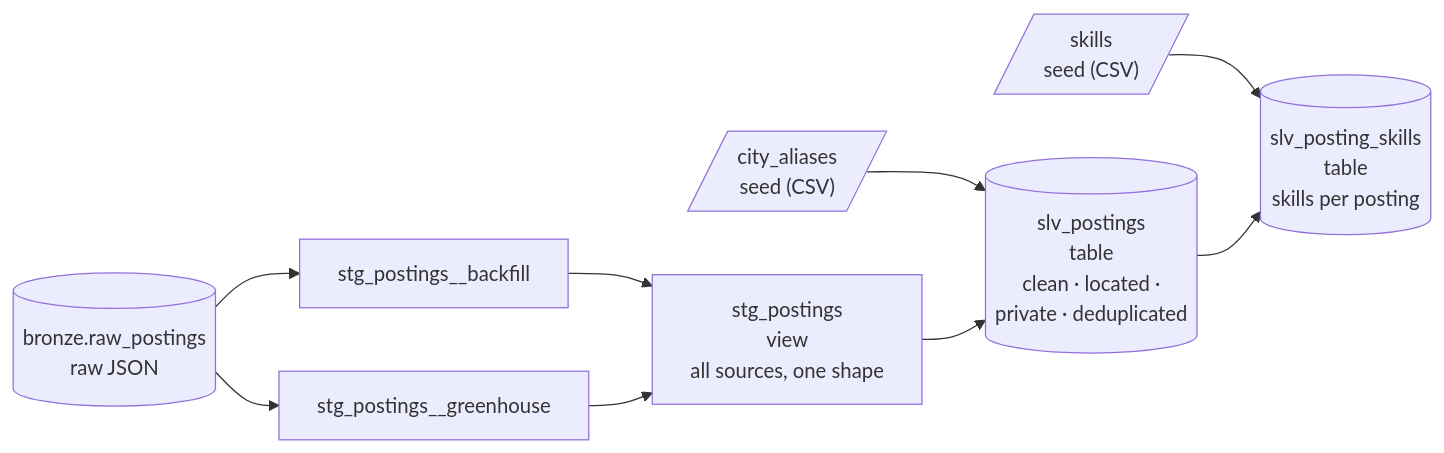
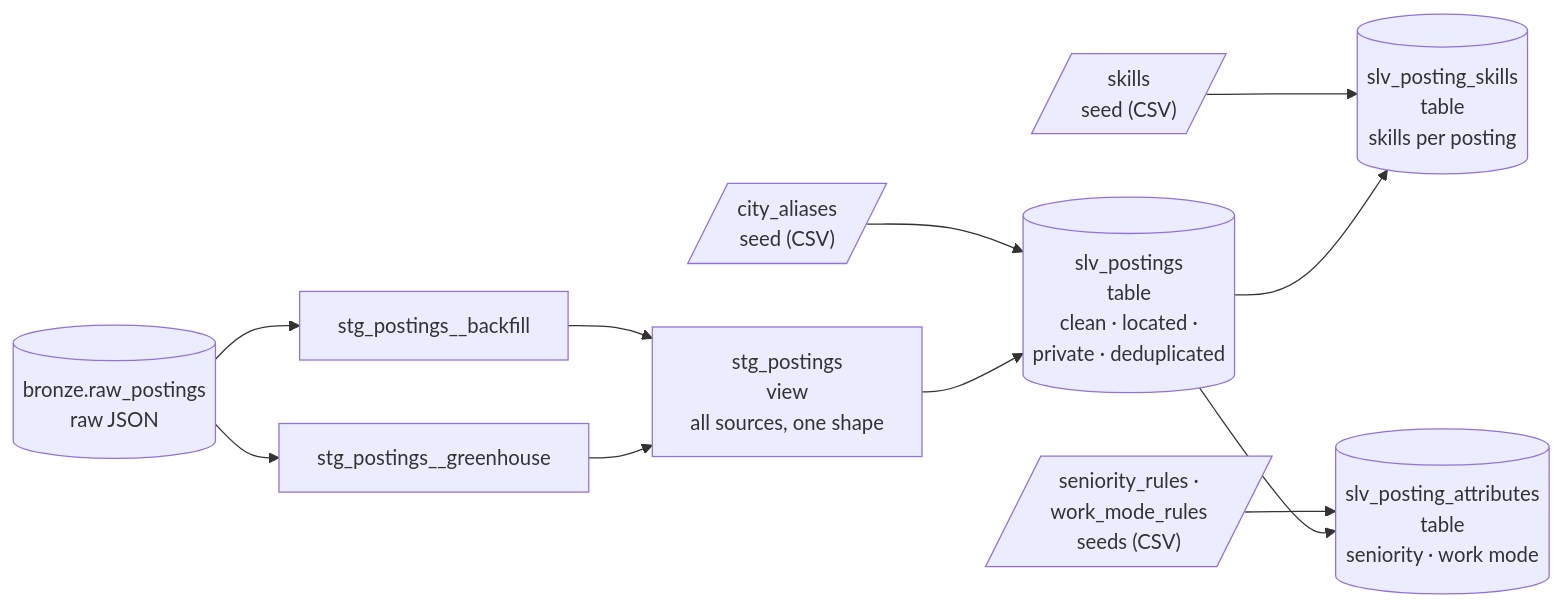
One commit to vvanurag/job-market-assistant changed the diagram in docs/pipeline/silver.md. Above: the diagram before and after it, drawn with Mermaid. The commit also changed other lines of this file and 12 other files, not shown here.

First line of the commit message:
Infer seniority and work mode for each posting (FR-TRN-06)

````diff
--- a/docs/pipeline/silver.md
+++ b/docs/pipeline/silver.md
@@ -15,9 +15,11 @@
 ```mermaid
 flowchart LR
     B[("bronze.raw_postings<br/>raw JSON")] --> S1["stg_postings__backfill"] & S2["stg_postings__greenhouse"]
     S1 & S2 --> S["stg_postings<br/>view<br/>all sources, one shape"]
     A[/"city_aliases<br/>seed (CSV)"/] --> P
     S --> P[("slv_postings<br/>table<br/>clean · located ·<br/>private · deduplicated")]
     K[/"skills<br/>seed (CSV)"/] --> PS
     P --> PS[("slv_posting_skills<br/>table<br/>skills per posting")]
+    R[/"seniority_rules ·<br/>work_mode_rules<br/>seeds (CSV)"/] --> PA
+    P --> PA[("slv_posting_attributes<br/>table<br/>seniority · work mode")]
 ```
````
